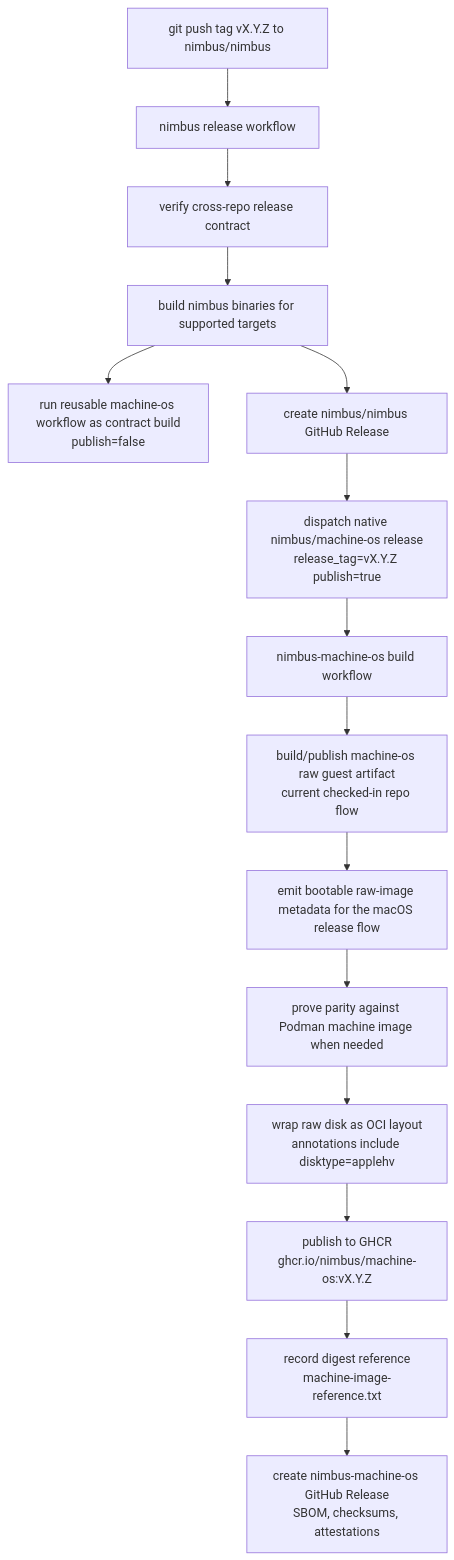
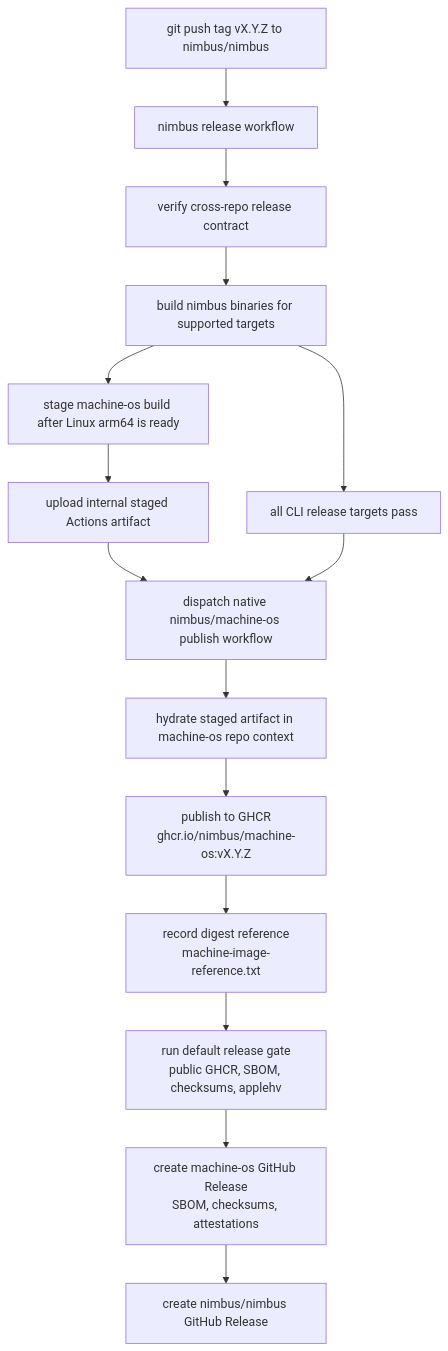
Before and after one commit to nimbus/nimbus: the first of 6 diagrams in docs/architecture/sandbox/macos-machine-flow.md, drawn with Mermaid. The commit also changed other lines of this file and 15 other files, not shown here.

Commit message:
Promote bootc machine OS default

````diff
--- a/docs/architecture/sandbox/macos-machine-flow.md
+++ b/docs/architecture/sandbox/macos-machine-flow.md
@@ -95,17 +86,17 @@
 ```mermaid
 flowchart TD
     A["git push tag vX.Y.Z to nimbus/nimbus"] --> B["nimbus release workflow"]
     B --> C["verify cross-repo release contract"]
     C --> D["build nimbus binaries for supported targets"]
-    D --> E["run reusable machine-os workflow as contract build<br/>publish=false"]
-    D --> F["create nimbus/nimbus GitHub Release"]
-    F --> G["dispatch native nimbus/machine-os release<br/>release_tag=vX.Y.Z publish=true"]
-    G --> H["nimbus-machine-os build workflow"]
-    H --> I["build/publish machine-os raw guest artifact<br/>current checked-in repo flow"]
-    I --> J["emit bootable raw-image metadata for the macOS release flow"]
-    J --> K["prove parity against Podman machine image when needed"]
-    K --> L["wrap raw disk as OCI layout<br/>annotations include disktype=applehv"]
-    L --> M["publish to GHCR<br/>ghcr.io/nimbus/machine-os:vX.Y.Z"]
-    M --> N["record digest reference<br/>machine-image-reference.txt"]
-    N --> O["create nimbus-machine-os GitHub Release<br/>SBOM, checksums, attestations"]
+    D --> E["stage machine-os build after Linux arm64 is ready"]
+    E --> F["upload internal staged Actions artifact"]
+    D --> G["all CLI release targets pass"]
+    F --> H["dispatch native nimbus/machine-os publish workflow"]
+    G --> H
+    H --> I["hydrate staged artifact in machine-os repo context"]
+    I --> J["publish to GHCR<br/>ghcr.io/nimbus/machine-os:vX.Y.Z"]
+    J --> K["record digest reference<br/>machine-image-reference.txt"]
+    K --> L["run default release gate<br/>public GHCR, SBOM, checksums, applehv"]
+    L --> M["create machine-os GitHub Release<br/>SBOM, checksums, attestations"]
+    M --> N["create nimbus/nimbus GitHub Release"]
 ```
````
